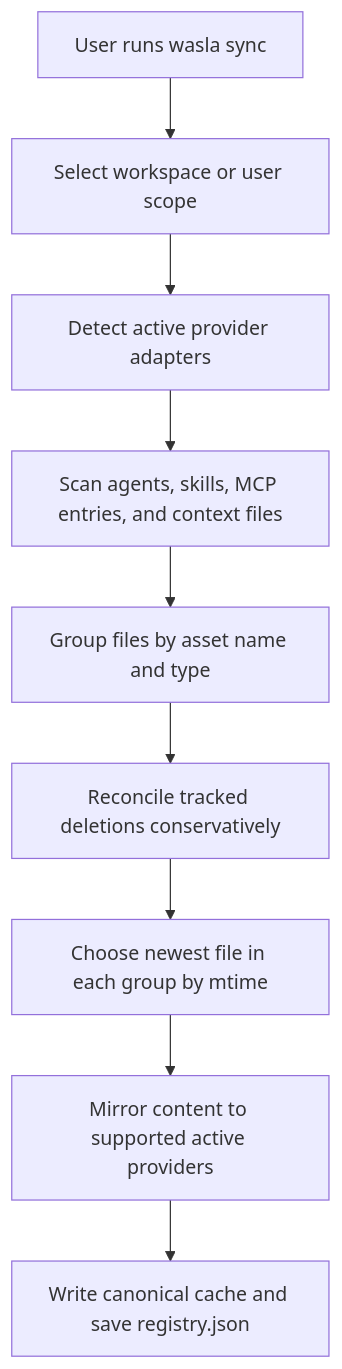
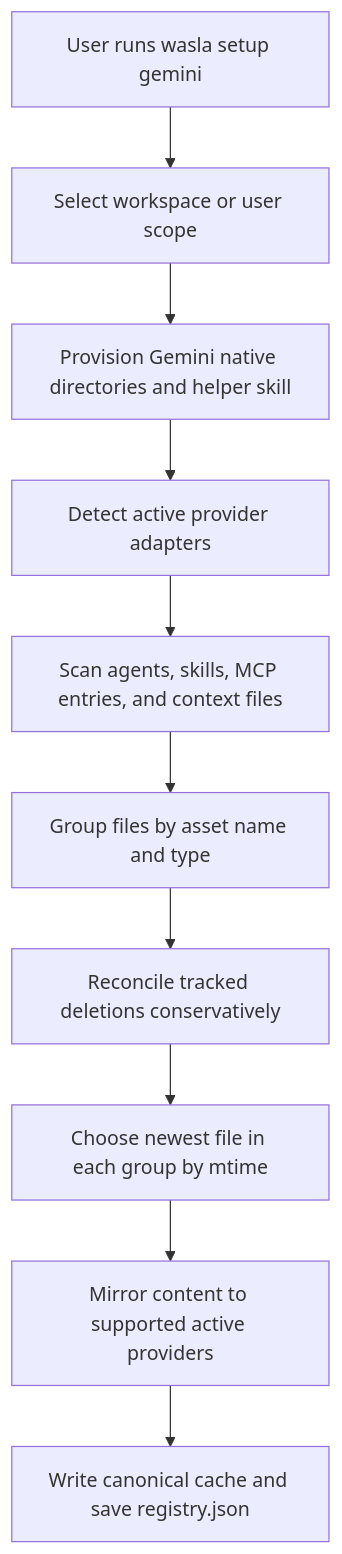
One commit to The-Untitled-Org/wasla changed the first of 2 diagrams in apps/docs/docs/architecture/synchronization-flow.md. Above: the diagram before and after it, drawn with Mermaid. The commit also changed other lines of this file and 34 other files, not shown here.

Commit message:
feat: replace sync and config commands with a new setup command and transition to explicit command-level scope requirements.

````diff
--- a/apps/docs/docs/architecture/synchronization-flow.md
+++ b/apps/docs/docs/architecture/synchronization-flow.md
@@ -11,14 +12,15 @@
 ```mermaid
 flowchart TD
-    Start["User runs wasla sync"]
+    Start["User runs wasla setup gemini"]
     Scope["Select workspace or user scope"]
+    Provision["Provision Gemini native directories and helper skill"]
     Detect["Detect active provider adapters"]
     Scan["Scan agents, skills, MCP entries, and context files"]
     Group["Group files by asset name and type"]
     Reconcile["Reconcile tracked deletions conservatively"]
     Select["Choose newest file in each group by mtime"]
     Mirror["Mirror content to supported active providers"]
     Save["Write canonical cache and save registry.json"]
 
-    Start --> Scope --> Detect --> Scan --> Group --> Reconcile --> Select --> Mirror --> Save
+    Start --> Scope --> Provision --> Detect --> Scan --> Group --> Reconcile --> Select --> Mirror --> Save
 ```
````
